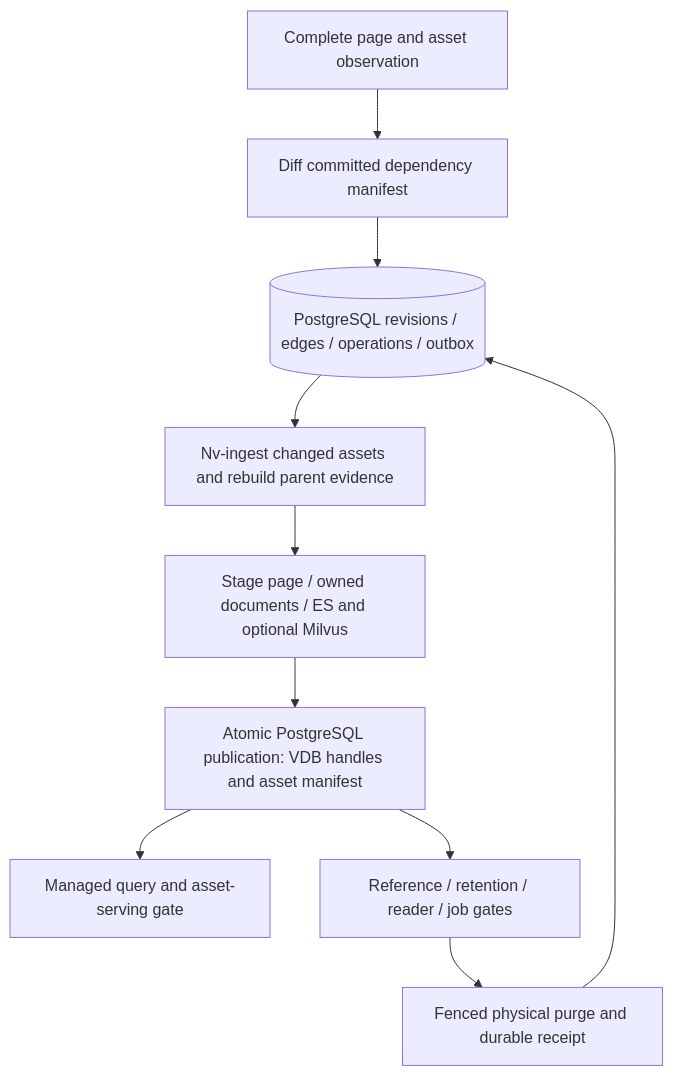
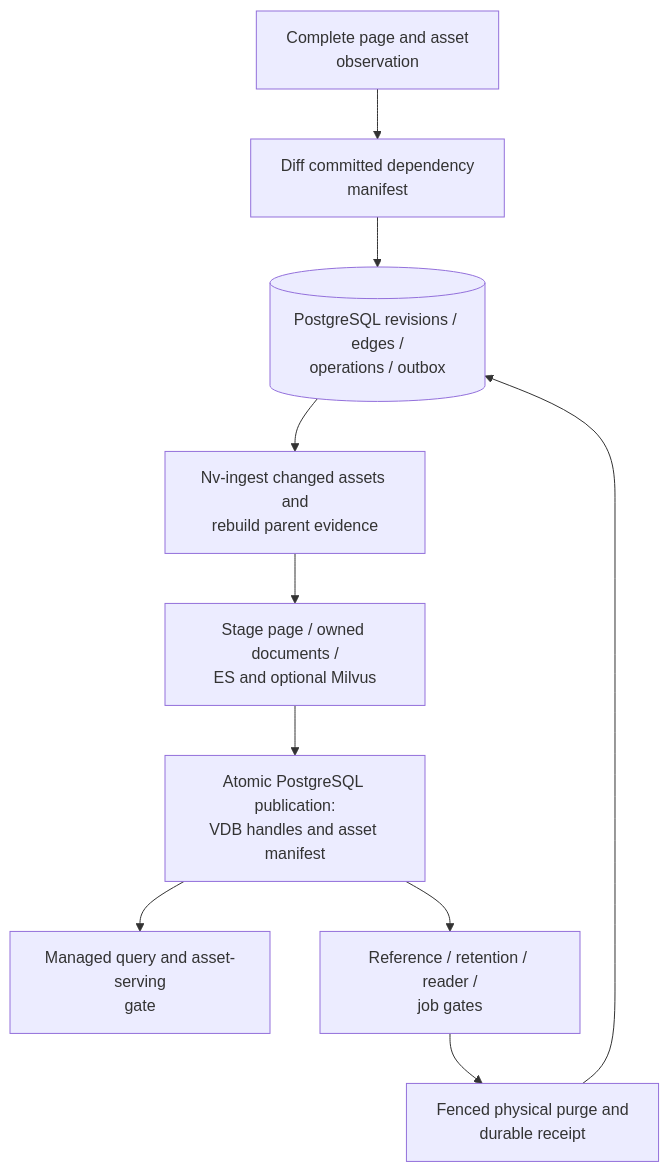
Before and after one commit to joncoons/runai-rag-agentic: the diagram in diagrams/asset-lifecycle.mmd, drawn with Mermaid. The commit also changed 16 other files, not shown here.

Commit message:
Fix diagram label clipping with native SVG previews

```diff
--- a/diagrams/asset-lifecycle.mmd
+++ b/diagrams/asset-lifecycle.mmd
@@ -1,19 +1,19 @@
 flowchart TD
-    OBS[Complete page and asset observation]
-    DIFF[Diff committed dependency manifest]
-    PG[(PostgreSQL revisions / edges / operations / outbox)]
-    PROC[Nv-ingest changed assets and rebuild parent evidence]
-    STAGE[Stage page / owned documents / ES and optional Milvus]
-    PUB[Atomic PostgreSQL publication: VDB handles and asset manifest]
-    READ[Managed query and asset-serving gate]
-    GC[Reference / retention / reader / job gates]
-    PURGE[Fenced physical purge and durable receipt]
+    OBS["Complete page and asset<br/>observation"]
+    DIFF["Diff committed dependency<br/>manifest"]
+    PG[("PostgreSQL revisions / edges /<br/>operations / outbox")]
+    PROC["Nv-ingest changed assets and<br/>rebuild parent evidence"]
+    STAGE["Stage page / owned documents /<br/>ES and optional Milvus"]
+    PUB["Atomic PostgreSQL publication:<br/>VDB handles and asset manifest"]
+    READ["Managed query and asset-serving<br/>gate"]
+    GC["Reference / retention / reader /<br/>job gates"]
+    PURGE["Fenced physical purge and<br/>durable receipt"]
     OBS --> DIFF
     DIFF --> PG
     PG --> PROC
     PROC --> STAGE
     STAGE --> PUB
     PUB --> READ
     PUB --> GC
     GC --> PURGE
     PURGE --> PG
```
